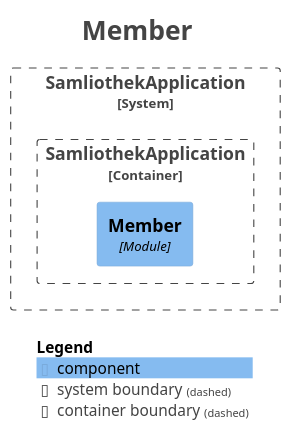
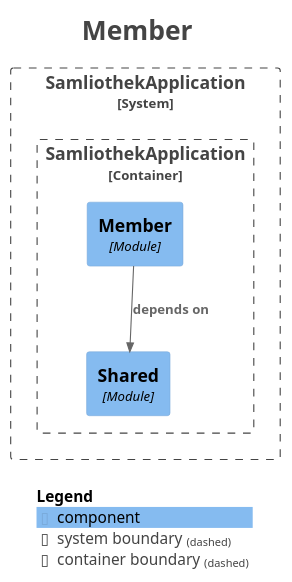
The diagram in docs/modulith/module-member.puml (samin-z/samliothek), drawn with PlantUML before and after one commit. The commit also changed 7 other files, not shown here.

```diff
--- a/docs/modulith/module-member.puml
+++ b/docs/modulith/module-member.puml
@@ -1,27 +1,30 @@
 @startuml
 title <size:24>Member</size>
 
 set separator none
 top to bottom direction
 
 <style>
   root {
     BackgroundColor: #ffffff
     FontColor: #444444
   }
 </style>
 
 !include <C4/C4>
 !include <C4/C4_Context>
 !include <C4/C4_Component>
 
 System_Boundary("SamliothekApplication_boundary", "SamliothekApplication", $tags="") {
   Container_Boundary("SamliothekApplication.SamliothekApplication_boundary", "SamliothekApplication", $tags="") {
+    Component(SamliothekApplication.SamliothekApplication.Shared, "Shared", $techn="Module", $descr="", $tags="", $link="")
     Component(SamliothekApplication.SamliothekApplication.Member, "Member", $techn="Module", $descr="", $tags="", $link="")
   }
 
 }
 
+Rel(SamliothekApplication.SamliothekApplication.Member, SamliothekApplication.SamliothekApplication.Shared, "depends on", $techn="", $tags="", $link="")
+
 SHOW_LEGEND(true)
 hide stereotypes
 @enduml
```
